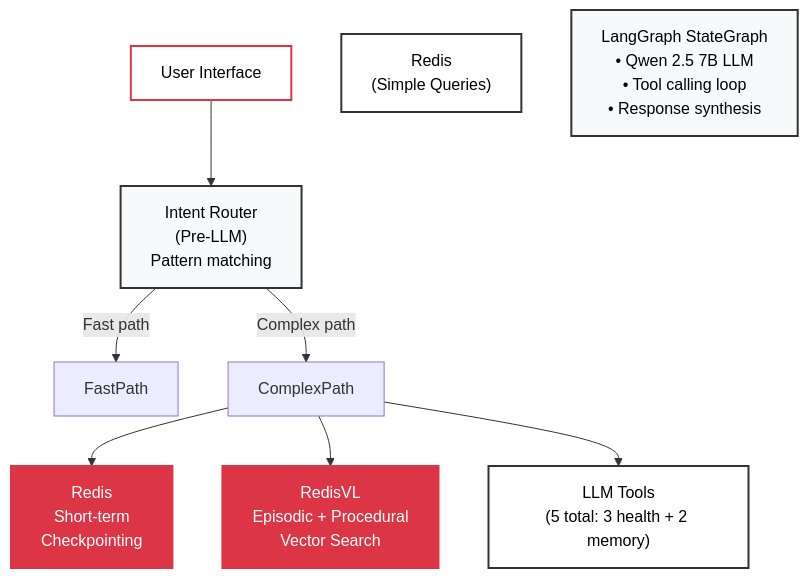
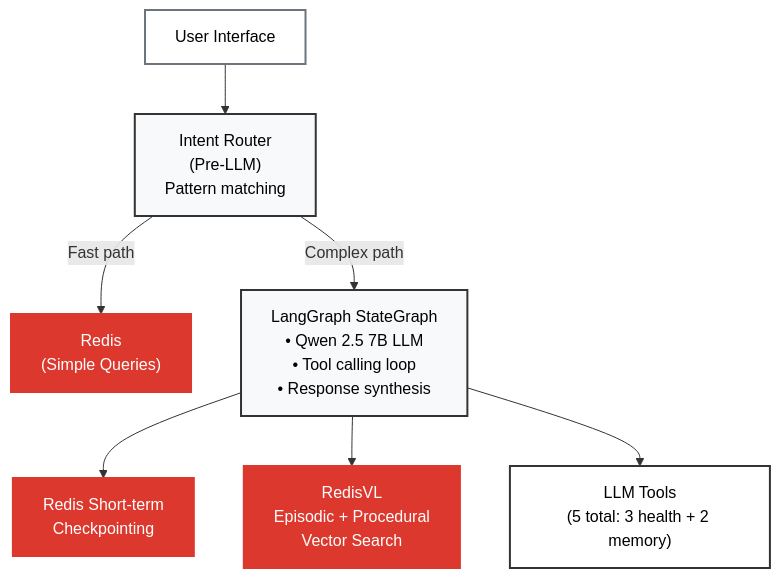
Before and after one commit to AllieRays/redis-wellness: the first of 2 diagrams in docs/04_STATEFUL_AGENT.md, drawn with Mermaid. The commit also changed other lines of this file and 1 other file, not shown here.

````diff
--- a/docs/04_STATEFUL_AGENT.md
+++ b/docs/04_STATEFUL_AGENT.md
@@ -32,28 +32,25 @@
 ```mermaid
 flowchart TB
     UI["User Interface"]
     Router["Intent Router<br/>(Pre-LLM)<br/>Pattern matching"]
-
     Simple["Redis<br/>(Simple Queries)"]
     Complex["LangGraph StateGraph<br/>• Qwen 2.5 7B LLM<br/>• Tool calling loop<br/>• Response synthesis"]
-
-    RedisShort["Redis<br/>Short-term<br/>Checkpointing"]
+    RedisShort["Redis Short-term<br/>Checkpointing"]
     RedisVL["RedisVL<br/>Episodic + Procedural<br/>Vector Search"]
     Tools["LLM Tools<br/>(5 total: 3 health + 2 memory)"]
 
     UI --> Router
-    Router -->|"Fast path"| FastPath
-    Router -->|"Complex path"| ComplexPath
+    Router -->|"Fast path"| Simple
+    Router -->|"Complex path"| Complex
+    Complex --> RedisShort
+    Complex --> RedisVL
+    Complex --> Tools
 
-    ComplexPath --> RedisShort
-    ComplexPath --> RedisVL
-    ComplexPath --> Tools
-
-    style UI fill:#fff,stroke:#dc3545,stroke-width:2px,color:#000
+    style UI fill:#fff,stroke:#6c757d,stroke-width:2px,color:#000
     style Router fill:#f8f9fa,stroke:#333,stroke-width:2px,color:#000
-    style Simple fill:#fff,stroke:#333,stroke-width:2px,color:#000
+    style Simple fill:#dc382d,stroke:#dc382d,stroke-width:2px,color:#fff
     style Complex fill:#f8f9fa,stroke:#333,stroke-width:2px,color:#000
-    style RedisShort fill:#dc3545,stroke:#dc3545,stroke-width:2px,color:#fff
-    style RedisVL fill:#dc3545,stroke:#dc3545,stroke-width:2px,color:#fff
+    style RedisShort fill:#dc382d,stroke:#dc382d,stroke-width:2px,color:#fff
+    style RedisVL fill:#dc382d,stroke:#dc382d,stroke-width:2px,color:#fff
     style Tools fill:#fff,stroke:#333,stroke-width:2px,color:#000
 ```
````
